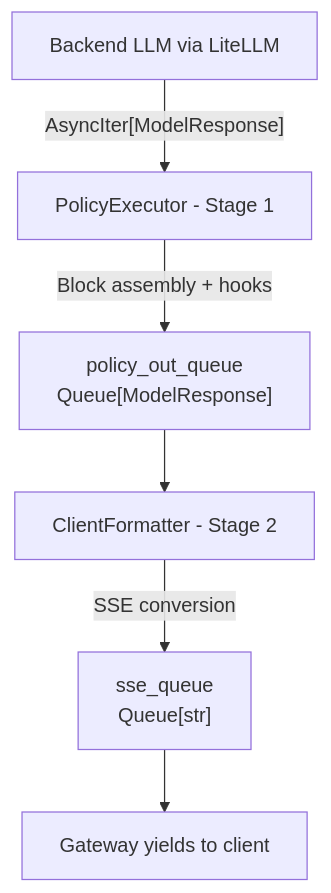
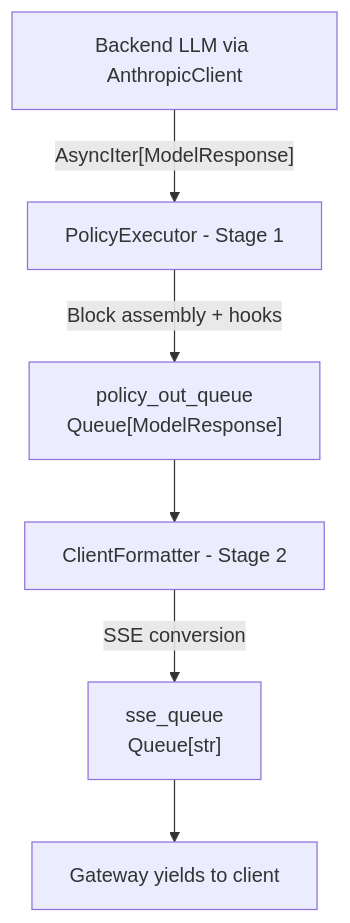
One commit to LuthienResearch/luthien-proxy changed the diagram in dev/REQUEST_PROCESSING_ARCHITECTURE.md. Above: the diagram before and after it, drawn with Mermaid. The commit also changed other lines of this file and 22 other files, not shown here.

````diff
--- a/dev/REQUEST_PROCESSING_ARCHITECTURE.md
+++ b/dev/REQUEST_PROCESSING_ARCHITECTURE.md
@@ -81,8 +81,8 @@
 ```mermaid
 graph TD
-    A["Backend LLM via LiteLLM"] -->|"AsyncIter[ModelResponse]"| B["PolicyExecutor - Stage 1"]
+    A["Backend LLM via AnthropicClient"] -->|"AsyncIter[ModelResponse]"| B["PolicyExecutor - Stage 1"]
     B -->|"Block assembly + hooks"| C["policy_out_queue<br/>Queue[ModelResponse]"]
     C --> D["ClientFormatter - Stage 2"]
     D -->|"SSE conversion"| E["sse_queue<br/>Queue[str]"]
     E --> F["Gateway yields to client"]
 ```
````
